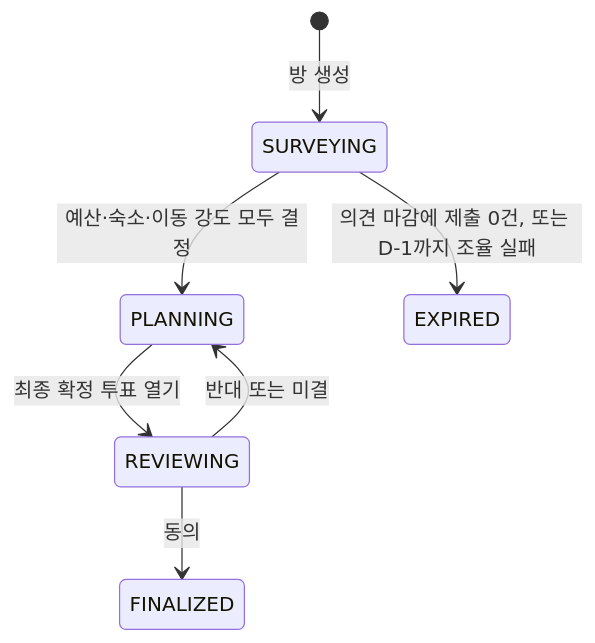
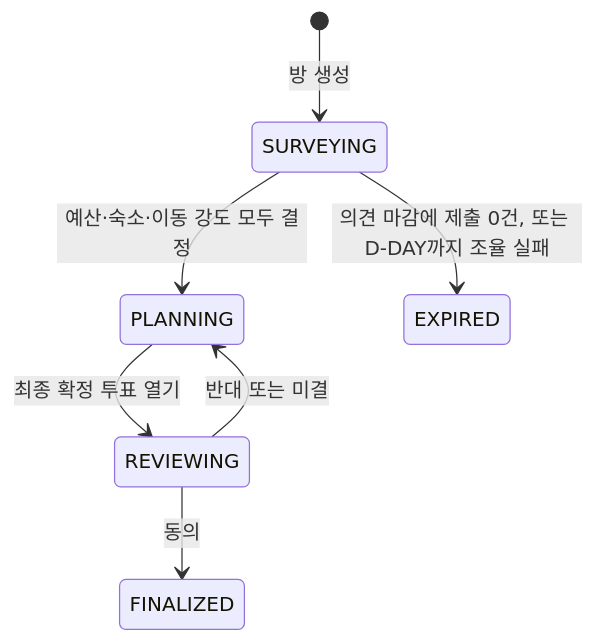
The diagram in backend/src/main/java/world/chakchak/domain/room/README.md (prgrms-be-devcourse/NBE12-14-final-piegeon), drawn with Mermaid before and after one commit. The commit also changed 24 other files, not shown here.

````diff
--- a/backend/src/main/java/world/chakchak/domain/room/README.md
+++ b/backend/src/main/java/world/chakchak/domain/room/README.md
@@ -32,9 +32,9 @@
 ```mermaid
 stateDiagram-v2
     [*] --> SURVEYING: 방 생성
     SURVEYING --> PLANNING: 예산·숙소·이동 강도 모두 결정
-    SURVEYING --> EXPIRED: 의견 마감에 제출 0건, 또는 D-1까지 조율 실패
+    SURVEYING --> EXPIRED: 의견 마감에 제출 0건, 또는 D-DAY까지 조율 실패
     PLANNING --> REVIEWING: 최종 확정 투표 열기
     REVIEWING --> FINALIZED: 동의
     REVIEWING --> PLANNING: 반대 또는 미결
 ```
````
